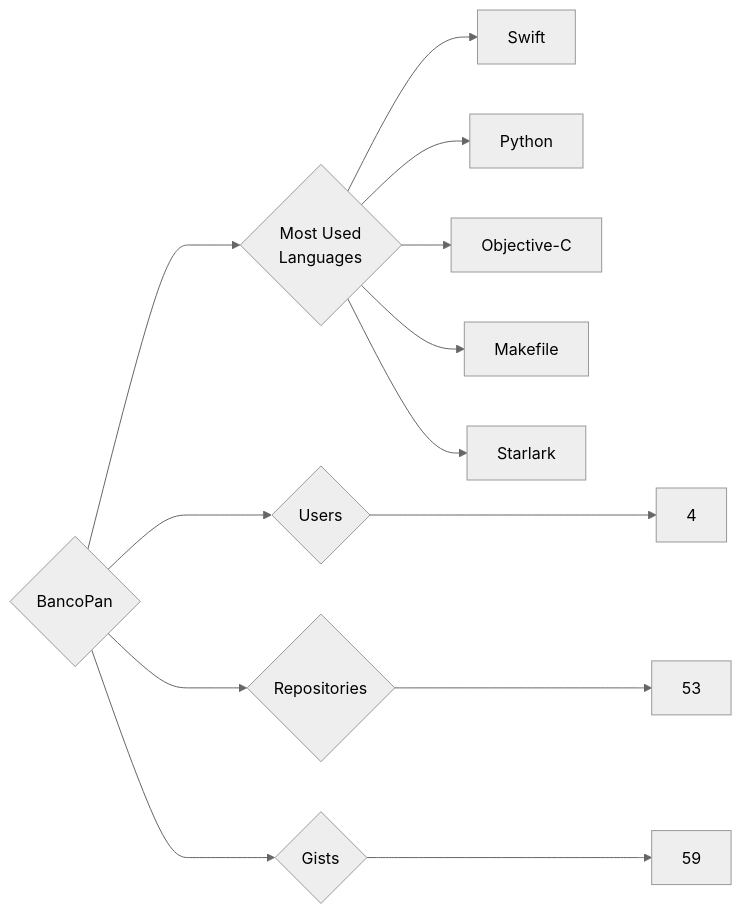
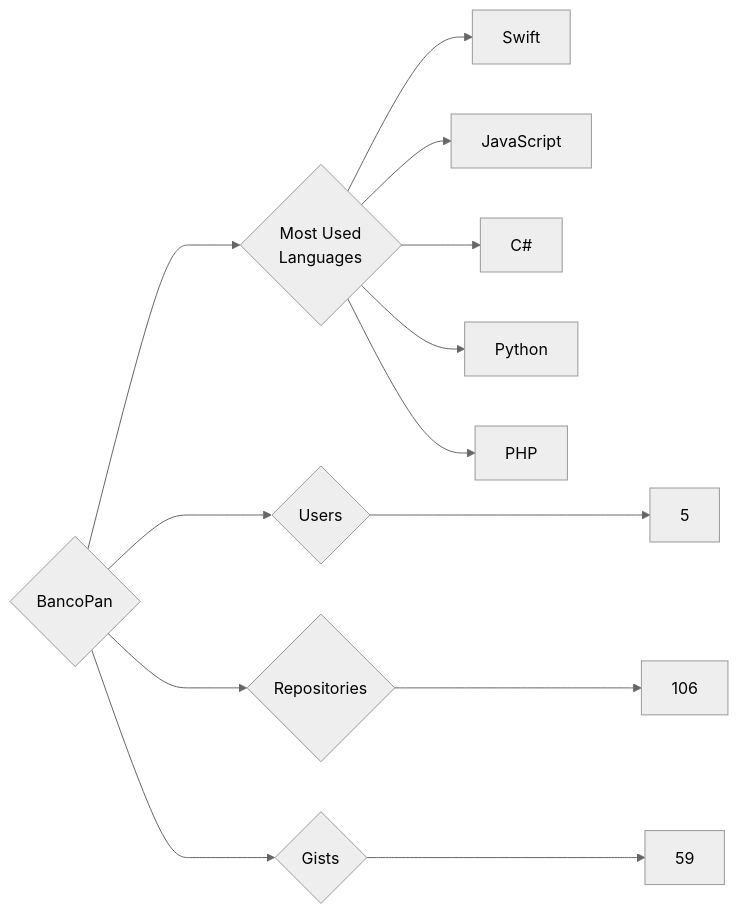
One commit to trickest/insiders changed the diagram in targets/BancoPan/README.md. Above: the diagram before and after it, drawn with Mermaid (neutral theme). The commit also changed 815 other files, not shown here.

````diff
--- a/targets/BancoPan/README.md
+++ b/targets/BancoPan/README.md
@@ -3,13 +3,13 @@
 ```mermaid
 graph LR
 COMPANY_NAME{BancoPan}
-COMPANY_NAME ---> U{Users} ---> UN[4]
-COMPANY_NAME ---> R{Repositories} ---> RN[53]
+COMPANY_NAME ---> U{Users} ---> UN[5]
+COMPANY_NAME ---> R{Repositories} ---> RN[106]
 COMPANY_NAME ---> G{Gists} ---> GN[59]
 COMPANY_NAME ---> ML{Most Used<br>Languages}
 ML --> Swift[Swift]
+ML --> JavaScript[JavaScript]
+ML --> C#[C#]
 ML --> Python[Python]
-ML --> Objective-C[Objective-C]
-ML --> Makefile[Makefile]
-ML --> Starlark[Starlark]
+ML --> PHP[PHP]
 ```
````
